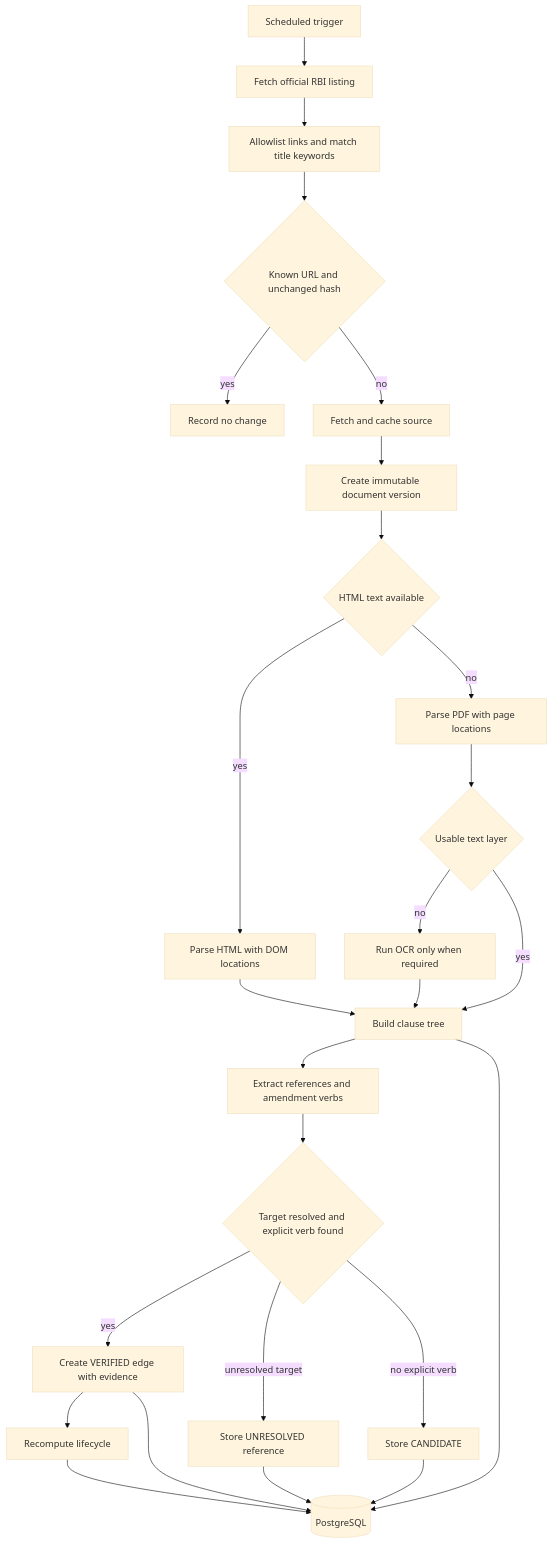
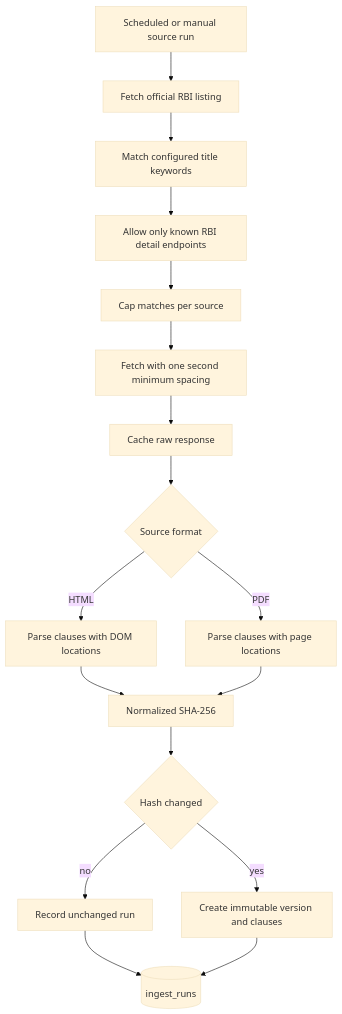
Before and after one commit to arnav7897/RAAY: the second of 5 diagrams in flow.md, drawn with Mermaid (base theme). The commit also changed other lines of this file and 46 other files, not shown here.

````diff
--- a/flow.md
+++ b/flow.md
@@ -84,28 +67,19 @@
 ```mermaid
 flowchart TD
-  S[Scheduled trigger] --> L[Fetch official RBI listing]
-  L --> K[Allowlist links and match title keywords]
-  K --> N{Known URL and unchanged hash}
-  N -- yes --> X[Record no change]
-  N -- no --> F[Fetch and cache source]
-  F --> V[Create immutable document version]
-  V --> H{HTML text available}
-  H -- yes --> P1[Parse HTML with DOM locations]
-  H -- no --> P2[Parse PDF with page locations]
-  P2 --> O{Usable text layer}
-  O -- no --> OCR[Run OCR only when required]
-  O -- yes --> C[Build clause tree]
-  OCR --> C
-  P1 --> C
-  C --> R[Extract references and amendment verbs]
-  R --> E{Target resolved and explicit verb found}
-  E -- yes --> VR[Create VERIFIED edge with evidence]
-  E -- unresolved target --> UR[Store UNRESOLVED reference]
-  E -- no explicit verb --> CA[Store CANDIDATE]
-  VR --> LC[Recompute lifecycle]
-  C --> DB[(PostgreSQL)]
-  VR --> DB
-  UR --> DB
-  CA --> DB
-  LC --> DB
+  T[Scheduled or manual source run] --> L[Fetch official RBI listing]
+  L --> K[Match configured title keywords]
+  K --> A[Allow only known RBI detail endpoints]
+  A --> C[Cap matches per source]
+  C --> F[Fetch with one second minimum spacing]
+  F --> R[Cache raw response]
+  R --> P{Source format}
+  P -- HTML --> H[Parse clauses with DOM locations]
+  P -- PDF --> D[Parse clauses with page locations]
+  H --> S[Normalized SHA-256]
+  D --> S
+  S --> N{Hash changed}
+  N -- no --> U[Record unchanged run]
+  N -- yes --> V[Create immutable version and clauses]
+  U --> I[(ingest_runs)]
+  V --> I
 ```
````
